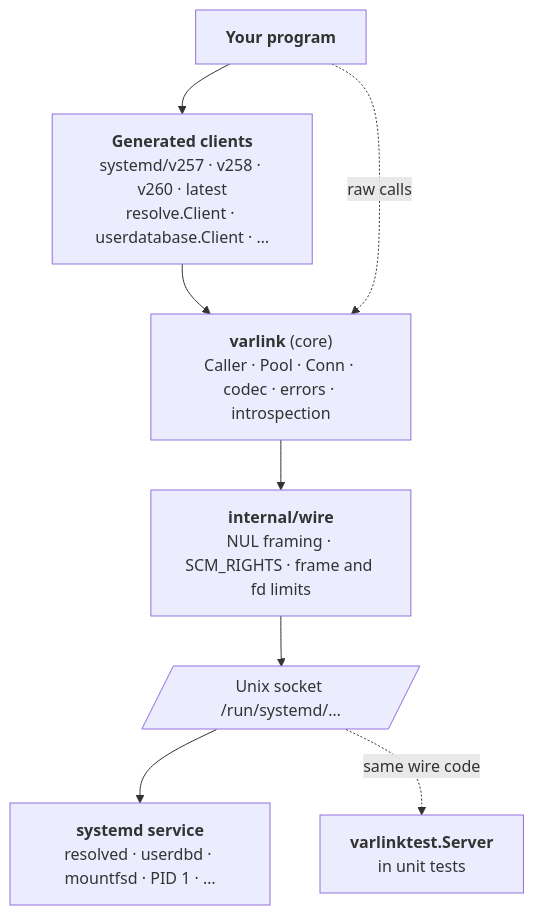
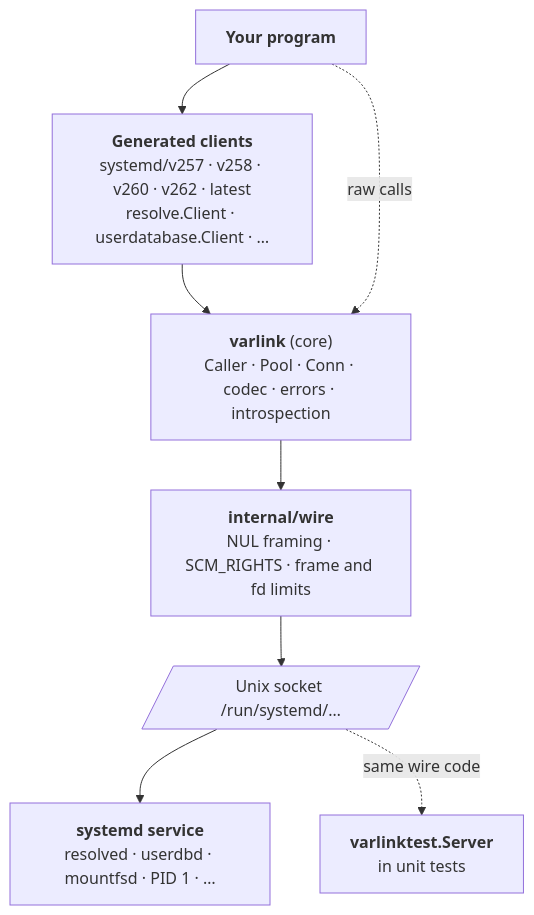
The first of 3 diagrams in docs/project/architecture.md (rossedman/sdvarlink), drawn with Mermaid before and after one commit. The commit also changed 241 other files, not shown here.

````diff
--- a/docs/project/architecture.md
+++ b/docs/project/architecture.md
@@ -15,14 +15,14 @@
 ```mermaid
 flowchart TB
     APP["<b>Your program</b>"]
-    GEN["<b>Generated clients</b><br/>systemd/v257 · v258 · v260 · latest<br/>resolve.Client · userdatabase.Client · …"]
+    GEN["<b>Generated clients</b><br/>systemd/v257 · v258 · v260 · v262 · latest<br/>resolve.Client · userdatabase.Client · …"]
     CORE["<b>varlink</b> (core)<br/>Caller · Pool · Conn · codec · errors · introspection"]
     WIRE["<b>internal/wire</b><br/>NUL framing · SCM_RIGHTS · frame and fd limits"]
     SOCK[/"Unix socket /run/systemd/…"/]
     SD["<b>systemd service</b><br/>resolved · userdbd · mountfsd · PID 1 · …"]
     FAKE["<b>varlinktest.Server</b><br/>in unit tests"]
     APP --> GEN --> CORE
     APP -. "raw calls" .-> CORE
     CORE --> WIRE --> SOCK --> SD
     SOCK -. "same wire code" .-> FAKE
 ```
````
